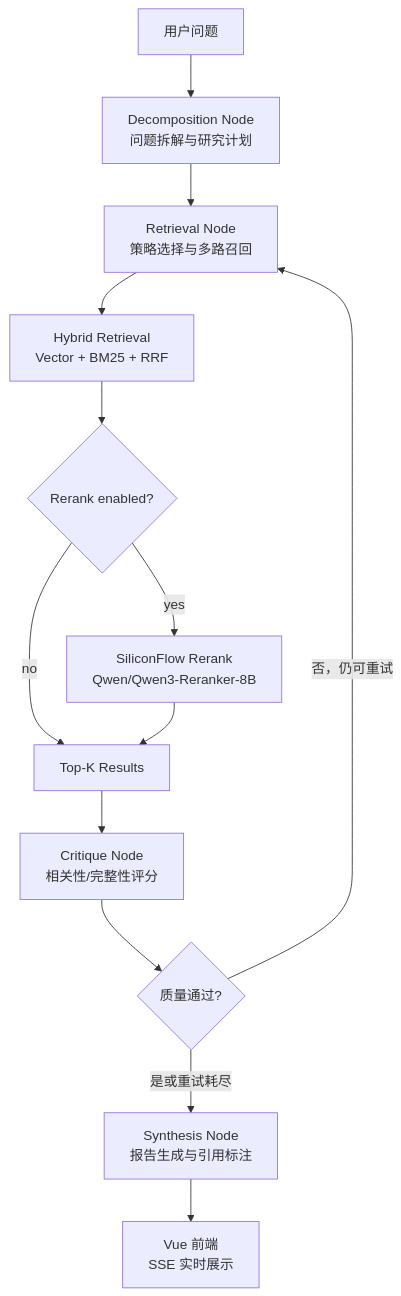
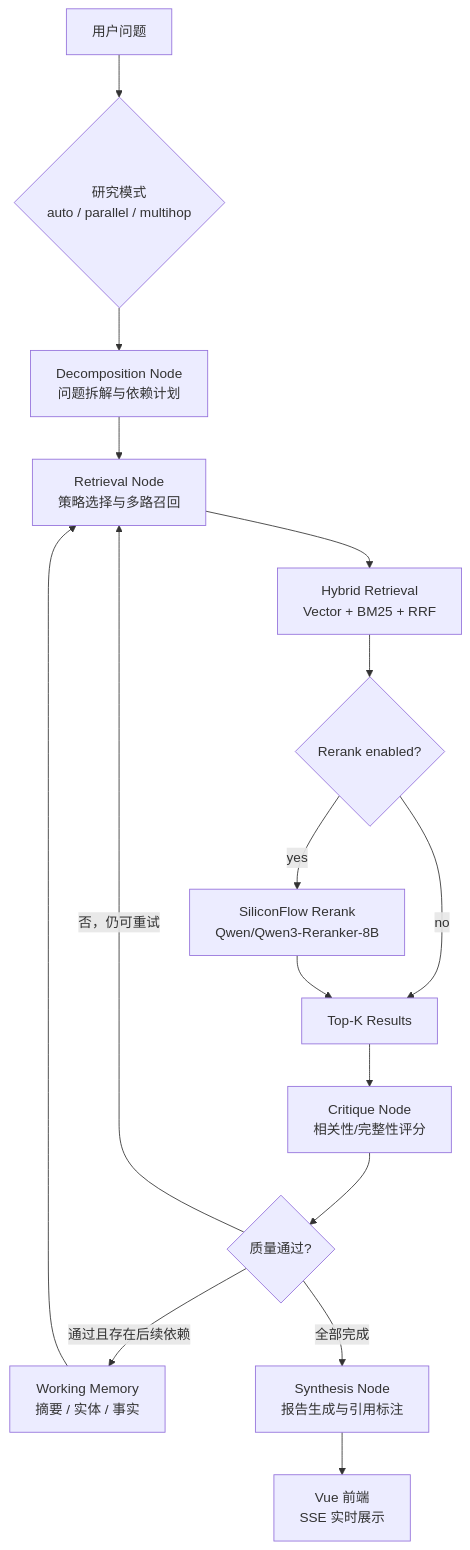
The diagram in README.md (albertyuee/deep-research-agent), drawn with Mermaid before and after one commit. The commit also changed other lines of this file and 50 other files, not shown here.

````diff
--- a/README.md
+++ b/README.md
@@ -68,15 +76,18 @@
 ```mermaid
 flowchart TD
-    A[用户问题] --> B[Decomposition Node<br/>问题拆解与研究计划]
+    A[用户问题] --> M{研究模式<br/>auto / parallel / multihop}
+    M --> B[Decomposition Node<br/>问题拆解与依赖计划]
     B --> C[Retrieval Node<br/>策略选择与多路召回]
     C --> D[Hybrid Retrieval<br/>Vector + BM25 + RRF]
     D --> E{Rerank enabled?}
     E -- yes --> F[SiliconFlow Rerank<br/>Qwen/Qwen3-Reranker-8B]
     E -- no --> G[Top-K Results]
     F --> G
     G --> H[Critique Node<br/>相关性/完整性评分]
     H --> I{质量通过?}
     I -- 否，仍可重试 --> C
-    I -- 是或重试耗尽 --> J[Synthesis Node<br/>报告生成与引用标注]
+    I -- 通过且存在后续依赖 --> L[Working Memory<br/>摘要 / 实体 / 事实]
+    L --> C
+    I -- 全部完成 --> J[Synthesis Node<br/>报告生成与引用标注]
     J --> K[Vue 前端<br/>SSE 实时展示]
 ```
````
